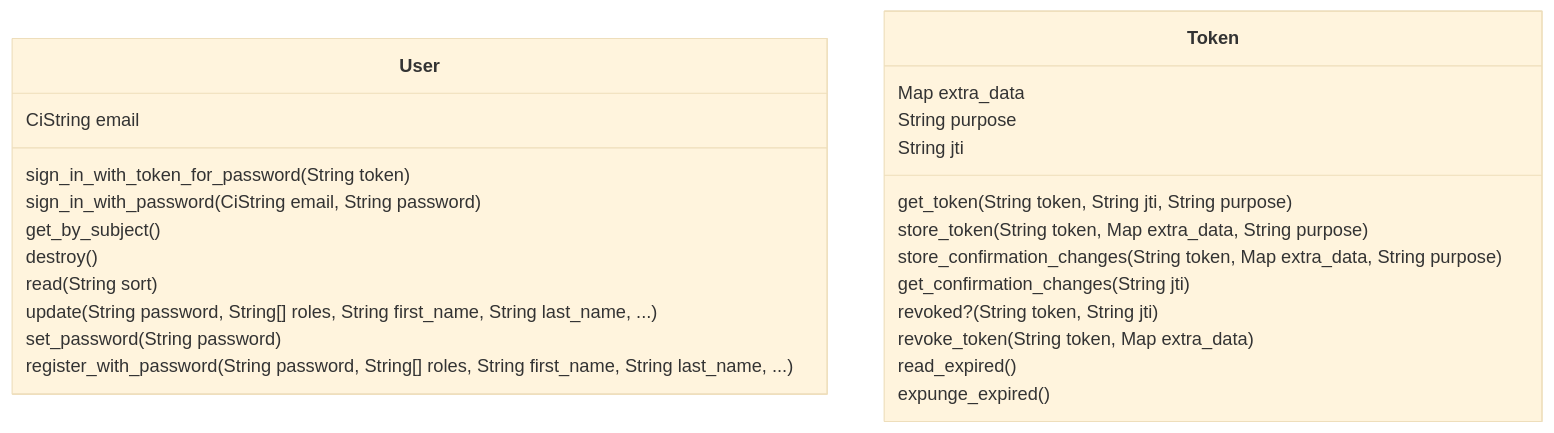
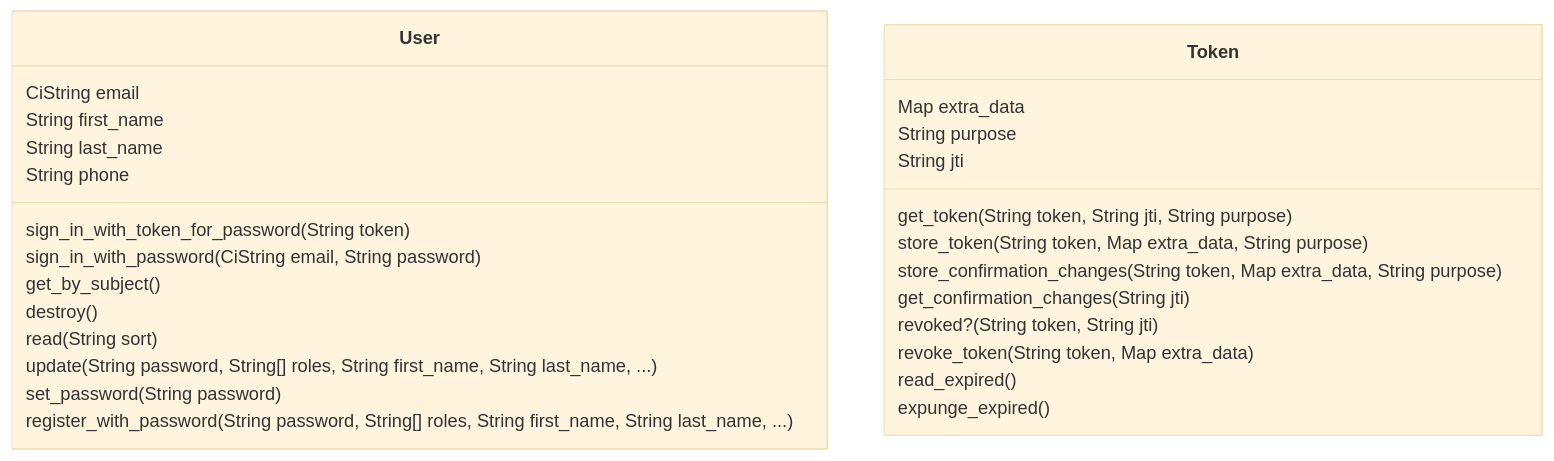
The diagram in lib/data_aggregator/accounts/accounts-mermaid-class-diagram.md (zebbra/data_aggregator), drawn with Mermaid (base theme) before and after one commit. The commit also changed 5 other files, not shown here.

````diff
--- a/lib/data_aggregator/accounts/accounts-mermaid-class-diagram.md
+++ b/lib/data_aggregator/accounts/accounts-mermaid-class-diagram.md
@@ -1,30 +1,33 @@
 ```mermaid
 classDiagram
     class User {
         CiString email
+        String first_name
+        String last_name
+        String phone
         sign_in_with_token_for_password(String token)
         sign_in_with_password(CiString email, String password)
         get_by_subject()
         destroy()
         read(String sort)
         update(String password, String[] roles, String first_name, String last_name, ...)
         set_password(String password)
         register_with_password(String password, String[] roles, String first_name, String last_name, ...)
     }
     class Token {
         Map extra_data
         String purpose
         String jti
         get_token(String token, String jti, String purpose)
         store_token(String token, Map extra_data, String purpose)
         store_confirmation_changes(String token, Map extra_data, String purpose)
         get_confirmation_changes(String jti)
         revoked?(String token, String jti)
         revoke_token(String token, Map extra_data)
         read_expired()
         expunge_expired()
     }
 
 
 
 ```
````
